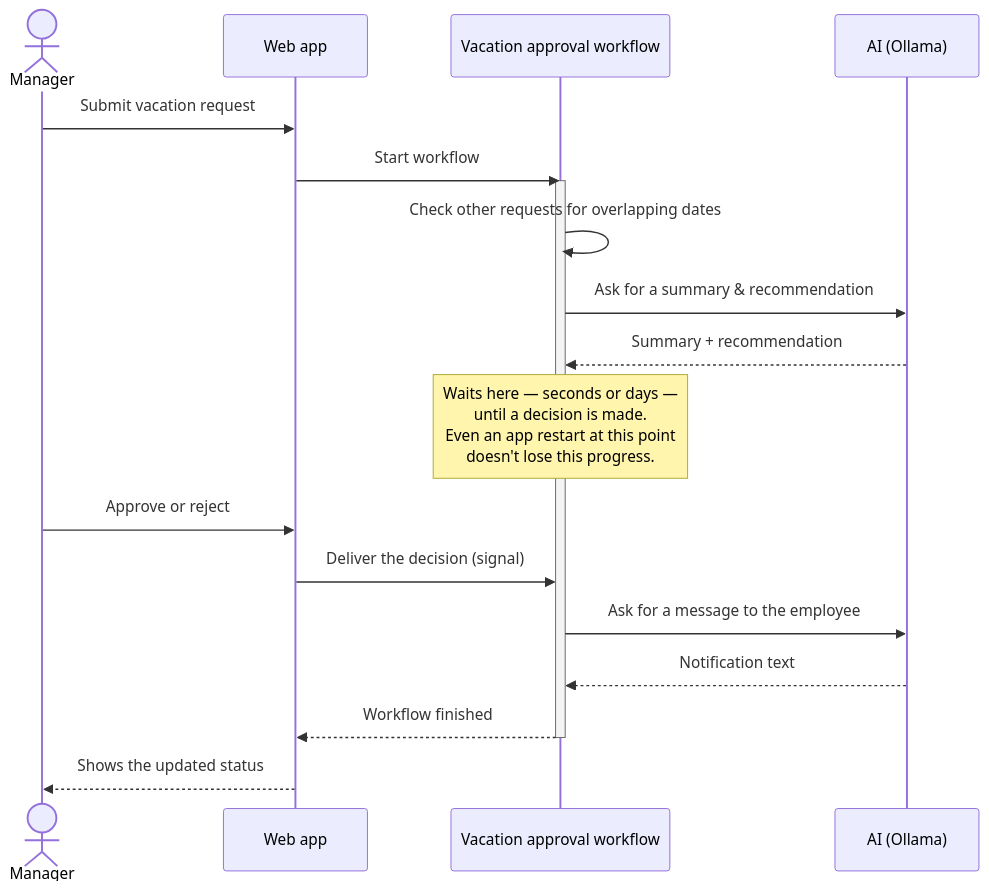
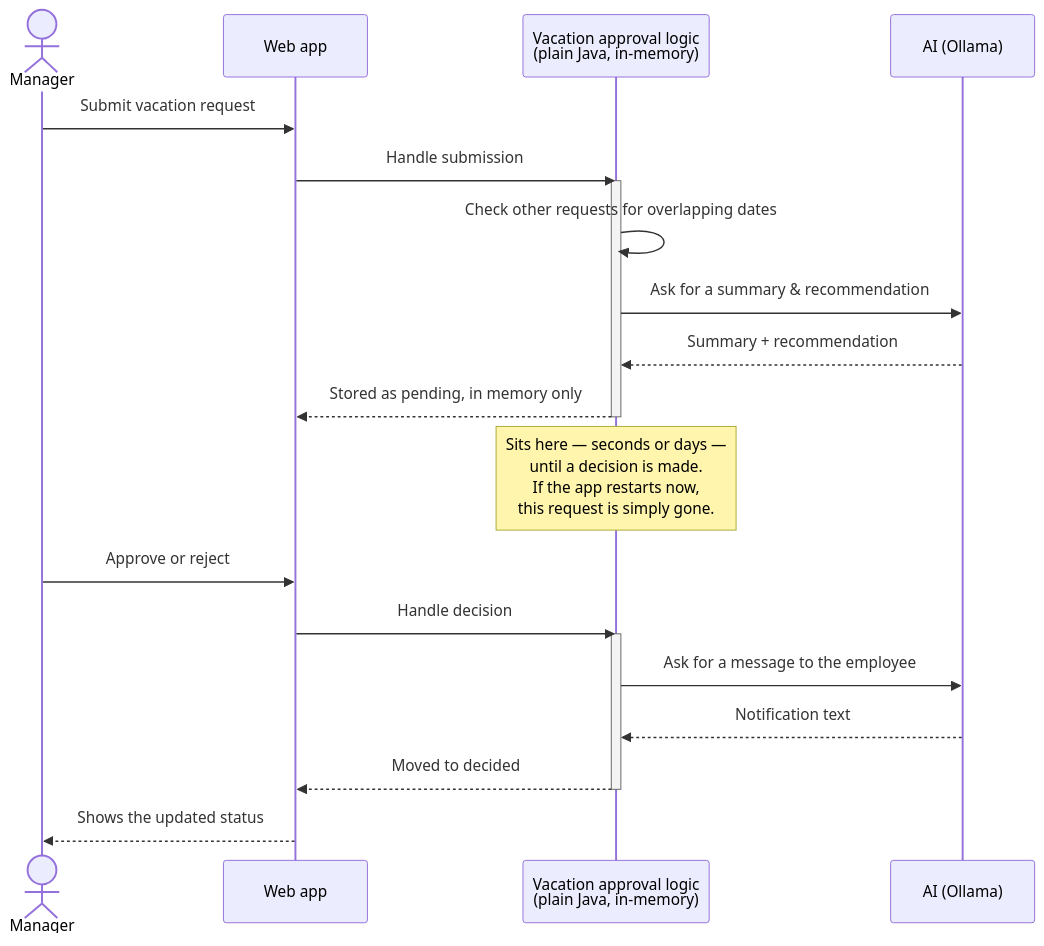
The second of 2 diagrams in README.md (JohannesRabauer/temporal-langchain4j-workflow-demo), drawn with Mermaid before and after one commit. The commit also changed other lines of this file and 22 other files, not shown here.

````diff
--- a/README.md
+++ b/README.md
@@ -69,27 +75,31 @@
 ```mermaid
 sequenceDiagram
     actor Manager
     participant App as Web app
-    participant Workflow as Vacation approval workflow
+    participant Service as Vacation approval logic<br/>(plain Java, in-memory)
     participant AI as AI (Ollama)
 
     Manager->>App: Submit vacation request
-    App->>Workflow: Start workflow
-    activate Workflow
+    App->>Service: Handle submission
+    activate Service
 
-    Workflow->>Workflow: Check other requests for overlapping dates
-    Workflow->>AI: Ask for a summary & recommendation
-    AI-->>Workflow: Summary + recommendation
+    Service->>Service: Check other requests for overlapping dates
+    Service->>AI: Ask for a summary & recommendation
+    AI-->>Service: Summary + recommendation
 
-    Note over Workflow: Waits here — seconds or days —<br/>until a decision is made.<br/>Even an app restart at this point<br/>doesn't lose this progress.
+    Service-->>App: Stored as pending, in memory only
+    deactivate Service
+
+    Note over Service: Sits here — seconds or days —<br/>until a decision is made.<br/>If the app restarts now,<br/>this request is simply gone.
 
     Manager->>App: Approve or reject
-    App->>Workflow: Deliver the decision (signal)
+    App->>Service: Handle decision
+    activate Service
 
-    Workflow->>AI: Ask for a message to the employee
-    AI-->>Workflow: Notification text
+    Service->>AI: Ask for a message to the employee
+    AI-->>Service: Notification text
 
-    Workflow-->>App: Workflow finished
-    deactivate Workflow
+    Service-->>App: Moved to decided
+    deactivate Service
     App-->>Manager: Shows the updated status
 ```
````
